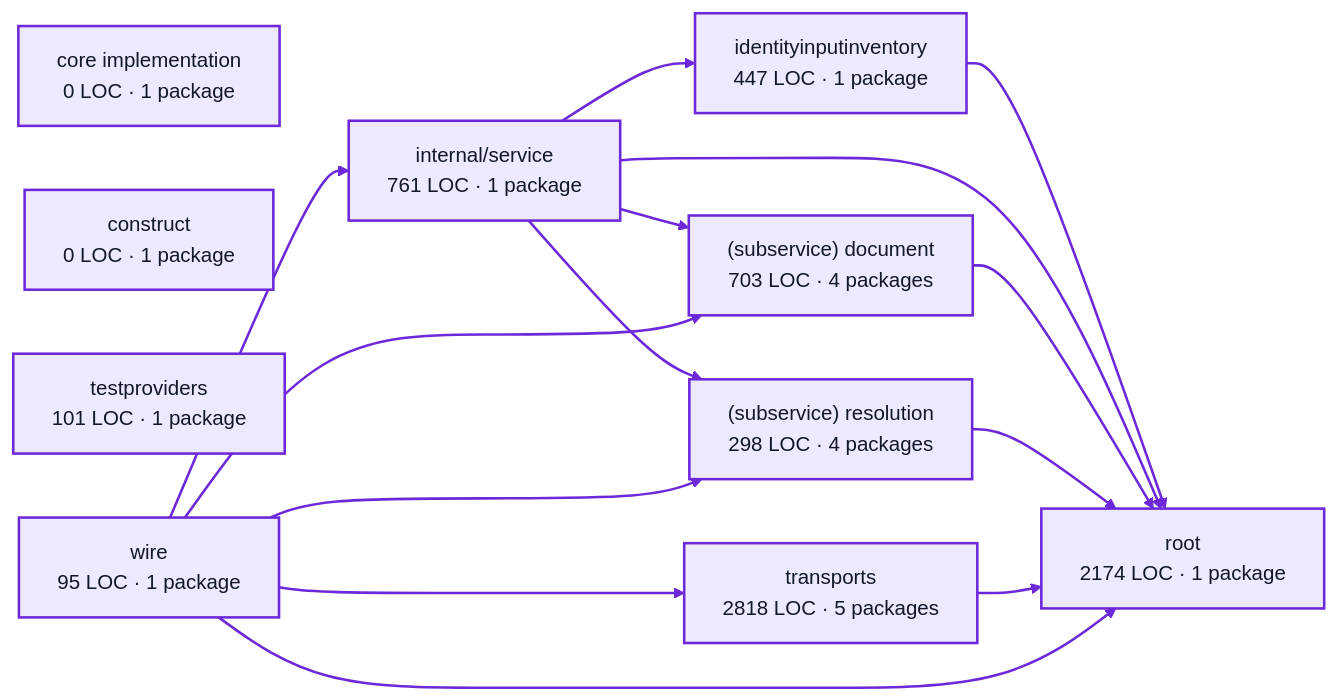
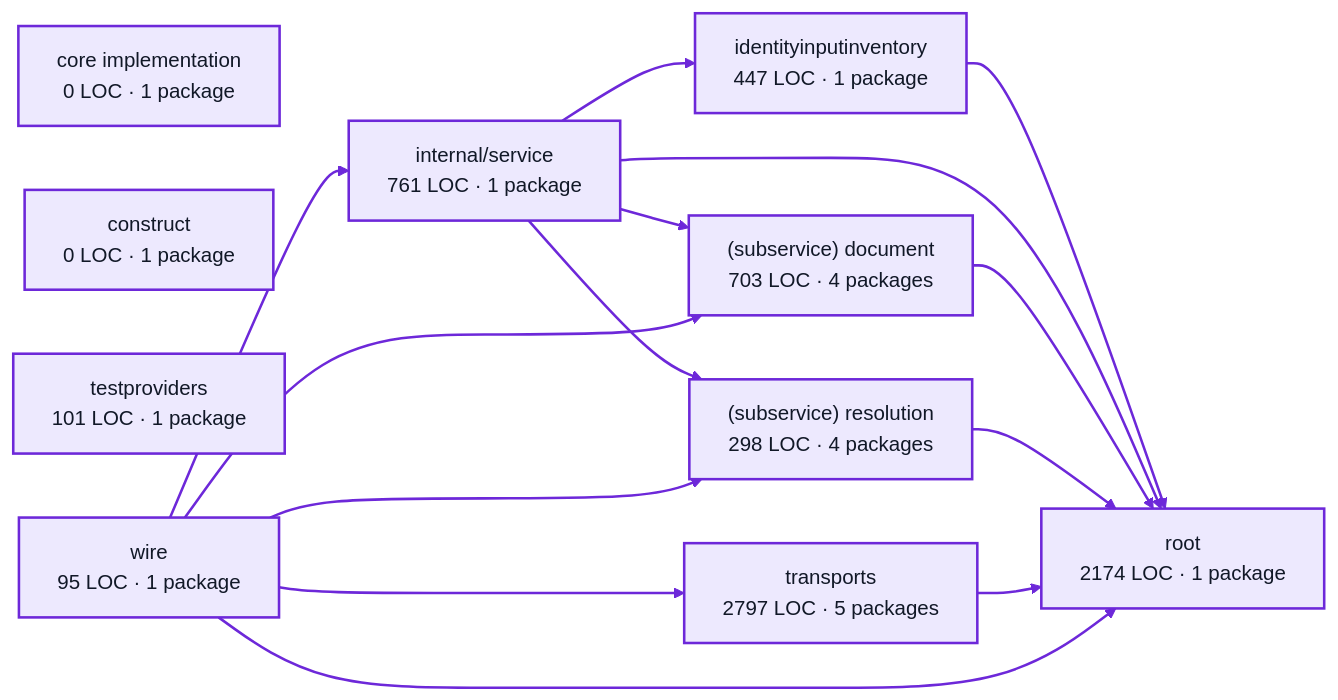
Before and after one commit to portpowered/you-agent-factory: the diagram in docs/architecture/visualizations/services/operator_settings.md, drawn with Mermaid. The commit also changed other lines of this file and 20 other files, not shown here.

Commit message:
docs: refresh backend architecture visualizations

````diff
--- a/docs/architecture/visualizations/services/operator_settings.md
+++ b/docs/architecture/visualizations/services/operator_settings.md
@@ -11,37 +11,37 @@
 ```mermaid
 flowchart LR
   p0["core implementation<br/>0 LOC · 1 package"]
   p1["construct<br/>0 LOC · 1 package"]
   p2["identityinputinventory<br/>447 LOC · 1 package"]
   p3["internal/service<br/>761 LOC · 1 package"]
   p4["(subservice) document<br/>703 LOC · 4 packages"]
   p5["(subservice) resolution<br/>298 LOC · 4 packages"]
   p6["testproviders<br/>101 LOC · 1 package"]
   p7["root<br/>2174 LOC · 1 package"]
-  p8["transports<br/>2818 LOC · 5 packages"]
+  p8["transports<br/>2797 LOC · 5 packages"]
   p9["wire<br/>95 LOC · 1 package"]
   p2 --> p7
   p3 --> p2
   p3 --> p4
   p3 --> p5
   p3 --> p7
   p4 --> p7
   p5 --> p7
   p8 --> p7
   p9 --> p3
   p9 --> p4
   p9 --> p5
   p9 --> p7
   p9 --> p8
   style p0 fill:#ede9fe,stroke:#6d28d9,stroke-width:2px,color:#111827
   style p1 fill:#ede9fe,stroke:#6d28d9,stroke-width:2px,color:#111827
   style p2 fill:#ede9fe,stroke:#6d28d9,stroke-width:2px,color:#111827
   style p3 fill:#ede9fe,stroke:#6d28d9,stroke-width:2px,color:#111827
   style p4 fill:#ede9fe,stroke:#6d28d9,stroke-width:2px,color:#111827
   style p5 fill:#ede9fe,stroke:#6d28d9,stroke-width:2px,color:#111827
   style p6 fill:#ede9fe,stroke:#6d28d9,stroke-width:2px,color:#111827
   style p7 fill:#ede9fe,stroke:#6d28d9,stroke-width:2px,color:#111827
   style p8 fill:#ede9fe,stroke:#6d28d9,stroke-width:2px,color:#111827
   style p9 fill:#ede9fe,stroke:#6d28d9,stroke-width:2px,color:#111827
   linkStyle default stroke:#6d28d9,stroke-width:2px
 ```
````
